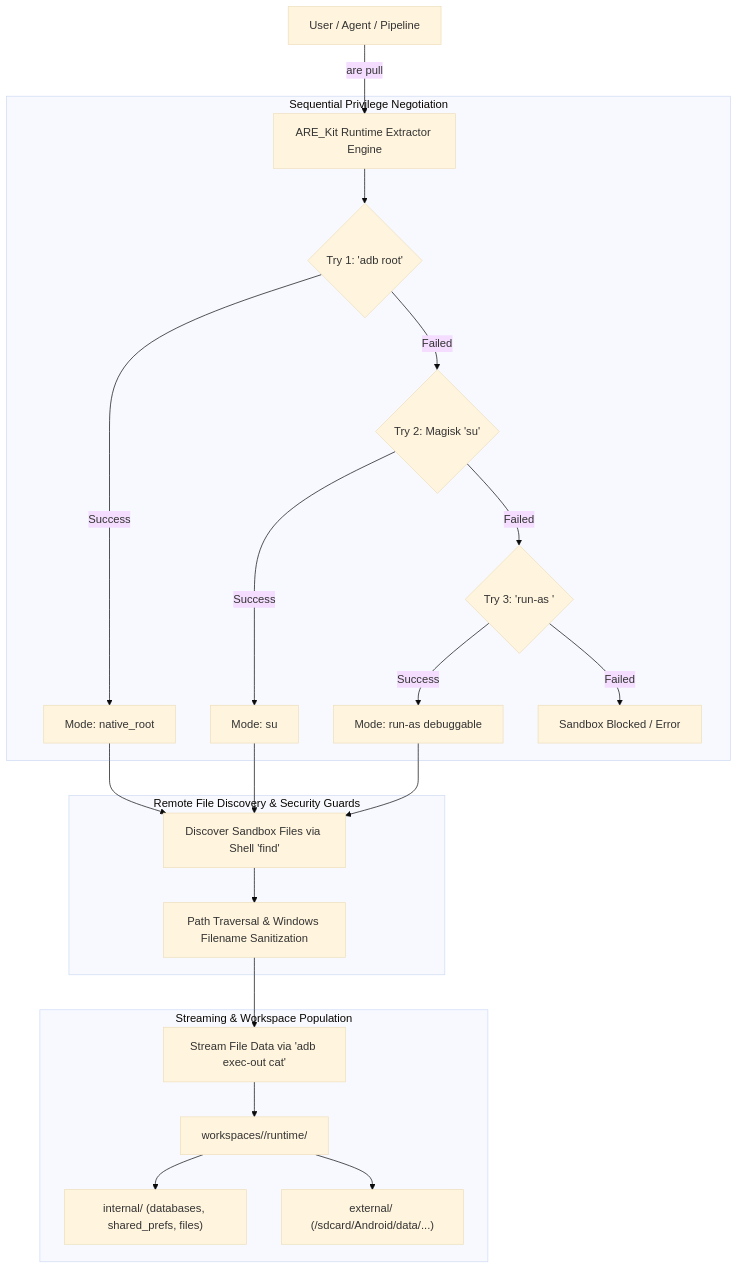
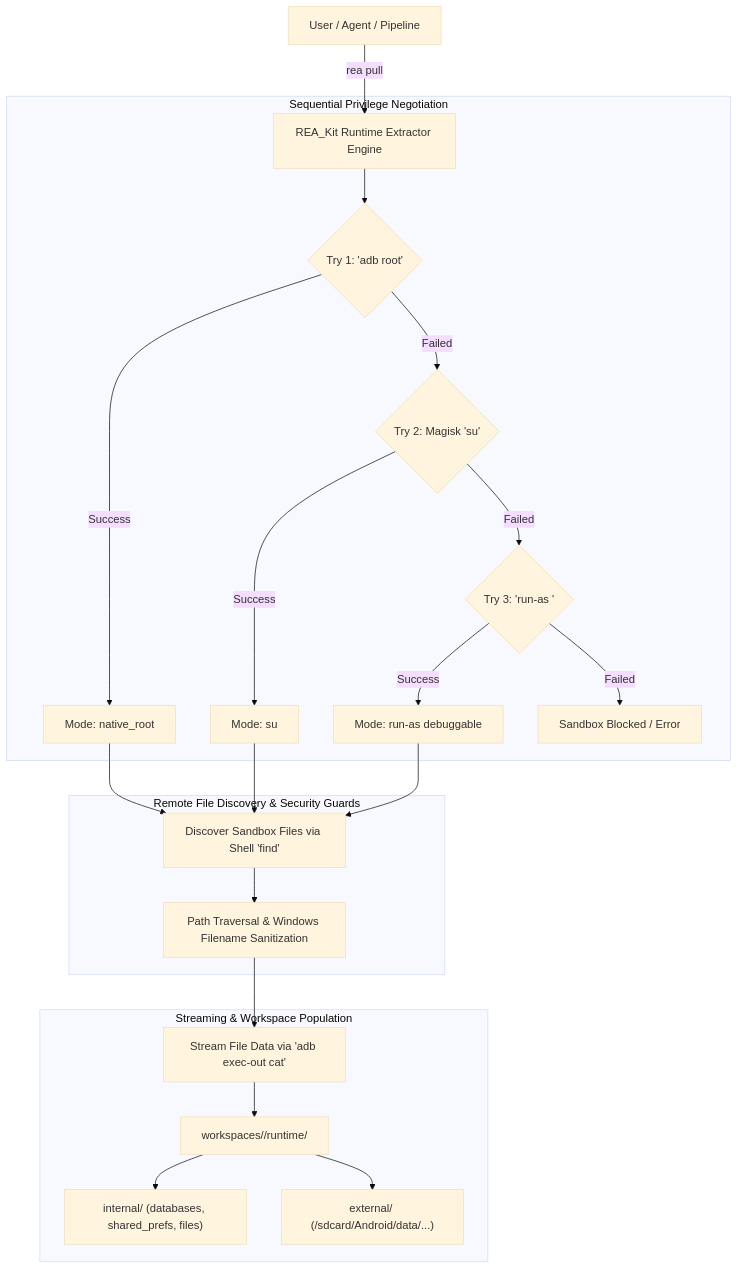
Before and after one commit to impeterwayne/REAKit: the diagram in docs/runtime_extraction.md, drawn with Mermaid (base theme). The commit also changed other lines of this file and 73 other files, not shown here.

Commit message:
feat: rebrand to REA_Kit and add JADX documentation

````diff
--- a/docs/runtime_extraction.md
+++ b/docs/runtime_extraction.md
@@ -15,26 +15,26 @@
 ```mermaid
 graph TD
-    User[User / Agent / Pipeline] -->|are pull <package_name>| Engine[ARE_Kit Runtime Extractor Engine]
+    User[User / Agent / Pipeline] -->|rea pull <package_name>| Engine[REA_Kit Runtime Extractor Engine]
     
     subgraph Privilege ["Sequential Privilege Negotiation"]
         Engine --> Step1{Try 1: 'adb root'}
         Step1 -->|Success| Mode1[Mode: native_root]
         Step1 -->|Failed| Step2{Try 2: Magisk 'su'}
         Step2 -->|Success| Mode2[Mode: su]
         Step2 -->|Failed| Step3{Try 3: 'run-as <package>'}
         Step3 -->|Success| Mode3[Mode: run-as debuggable]
         Step3 -->|Failed| Error[Sandbox Blocked / Error]
     end
 
     subgraph Inspection ["Remote File Discovery & Security Guards"]
         Mode1 & Mode2 & Mode3 --> Find[Discover Sandbox Files via Shell 'find']
         Find --> Validate[Path Traversal & Windows Filename Sanitization]
     end
 
     subgraph Extraction ["Streaming & Workspace Population"]
         Validate --> Stream[Stream File Data via 'adb exec-out cat']
         Stream --> LocalWork["workspaces/<package_name>/runtime/"]
         LocalWork --> Internal["internal/ (databases, shared_prefs, files)"]
         LocalWork --> External["external/ (/sdcard/Android/data/...)"]
     end
 ```
````
